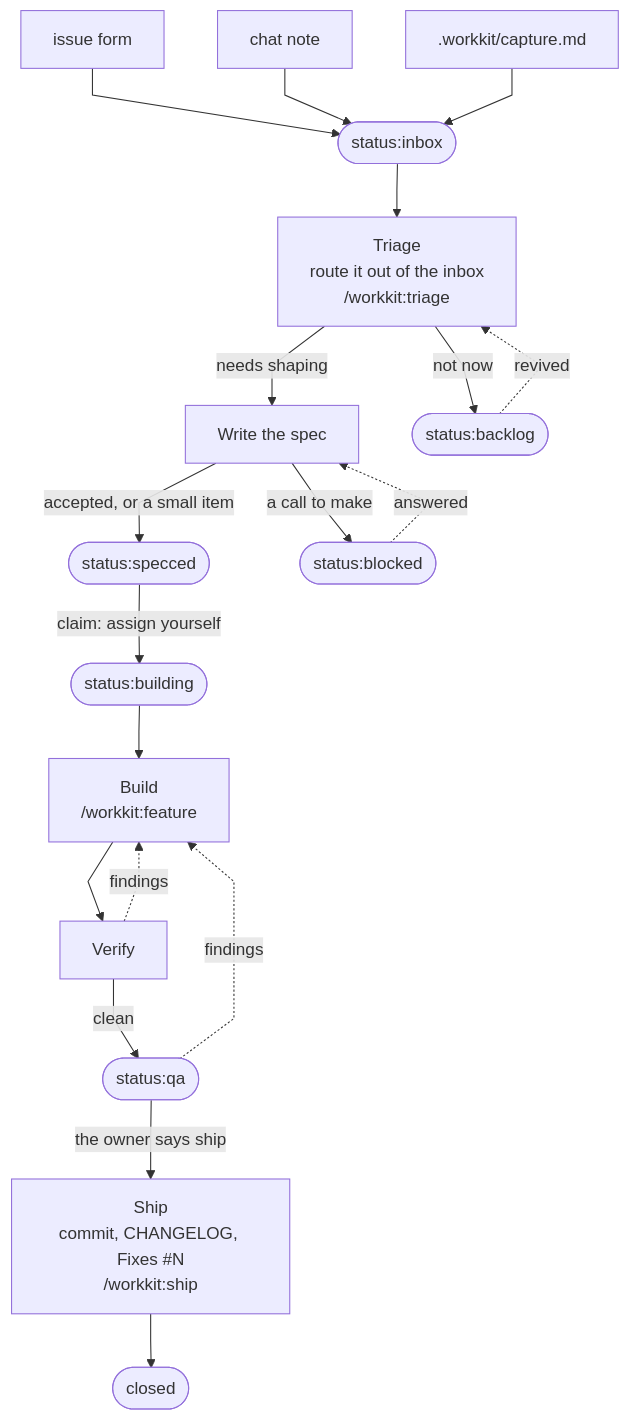
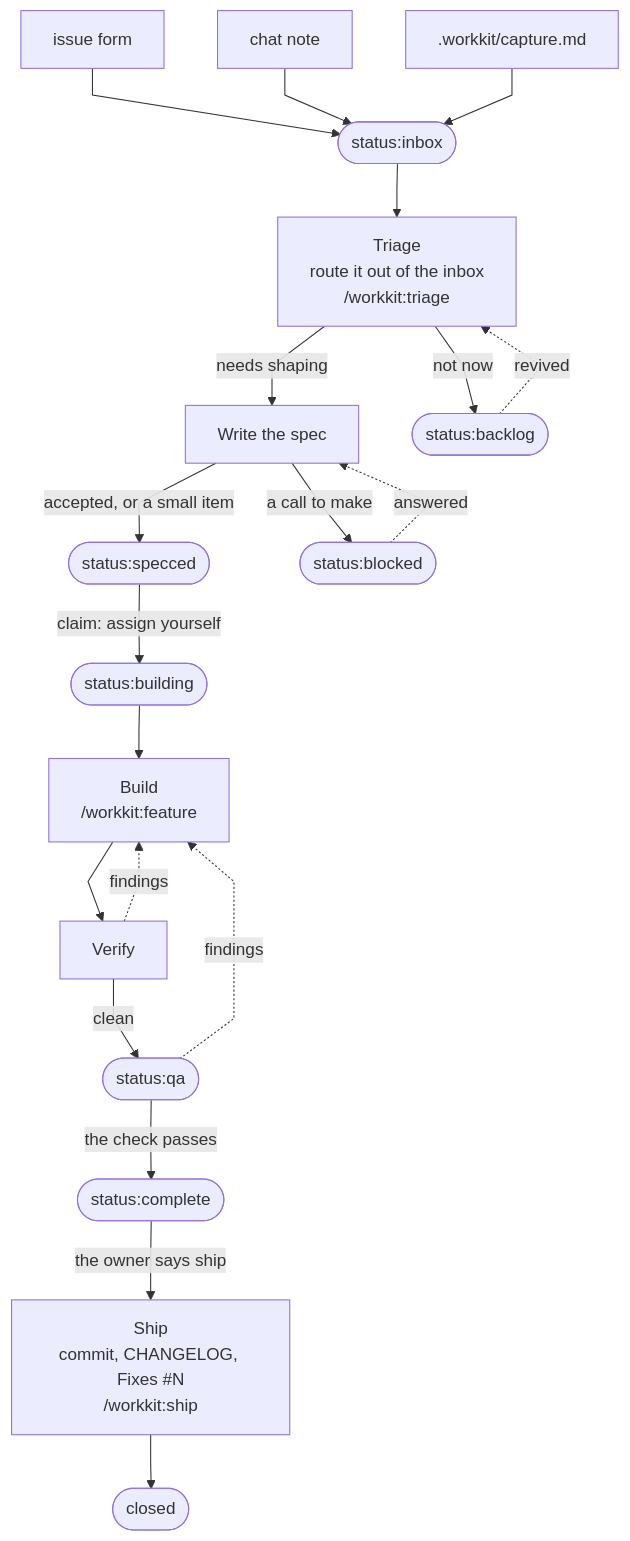
Before and after one commit to itw-creative-works/workkit: the first of 2 diagrams in README.md, drawn with Mermaid. The commit also changed other lines of this file and 40 other files, not shown here.

First line of the commit message:
feat(workflow): add the status:complete stage and the two-region board

````diff
--- a/README.md
+++ b/README.md
@@ -7,22 +7,23 @@
 ```mermaid
 %%{init: {"flowchart": {"curve": "linear"}}}%%
 flowchart TB
     Form["issue form"] --> Inbox([status:inbox])
     Note["chat note"] --> Inbox
     File[".workkit/capture.md"] --> Inbox
     Inbox --> Triage["Triage<br>route it out of the inbox<br>/workkit:triage"]
     Triage -->|needs shaping| Spec["Write the spec"]
     Triage -->|not now| Backlog([status:backlog])
     Backlog -.->|revived| Triage
     Spec -->|accepted, or a small item| Specced([status:specced])
     Spec -->|a call to make| Blocked([status:blocked])
     Blocked -.->|answered| Spec
     Specced -->|claim: assign yourself| Building([status:building])
     Building --> Build["Build<br>/workkit:feature"]
     Build --> Verify["Verify"]
     Verify -.->|findings| Build
     Verify -->|clean| QA([status:qa])
     QA -.->|findings| Build
-    QA -->|the owner says ship| Ship["Ship<br>commit, CHANGELOG, Fixes #N<br>/workkit:ship"]
+    QA -->|the check passes| Complete([status:complete])
+    Complete -->|the owner says ship| Ship["Ship<br>commit, CHANGELOG, Fixes #N<br>/workkit:ship"]
     Ship --> Closed([closed])
 ```
````
